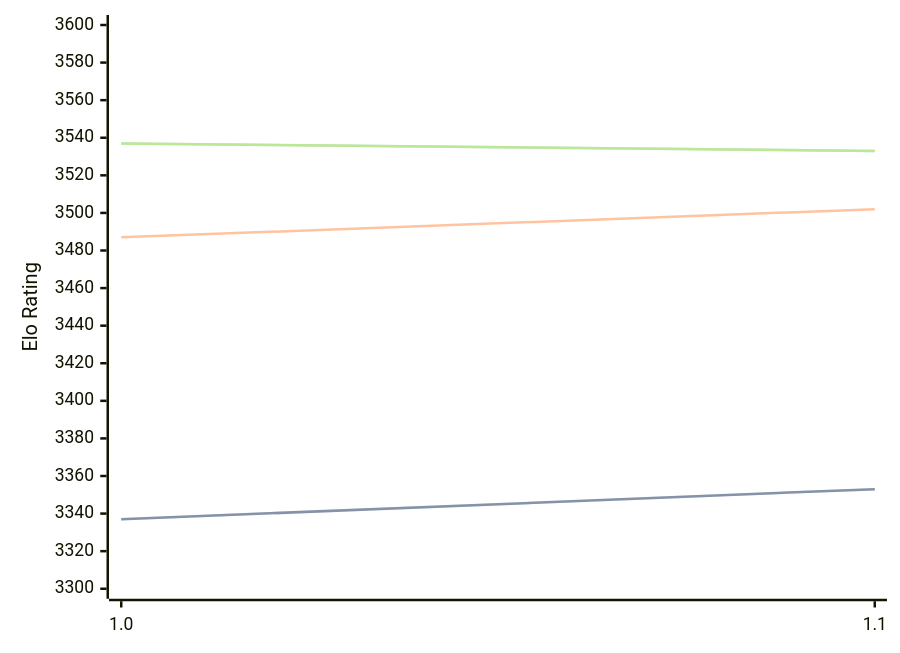
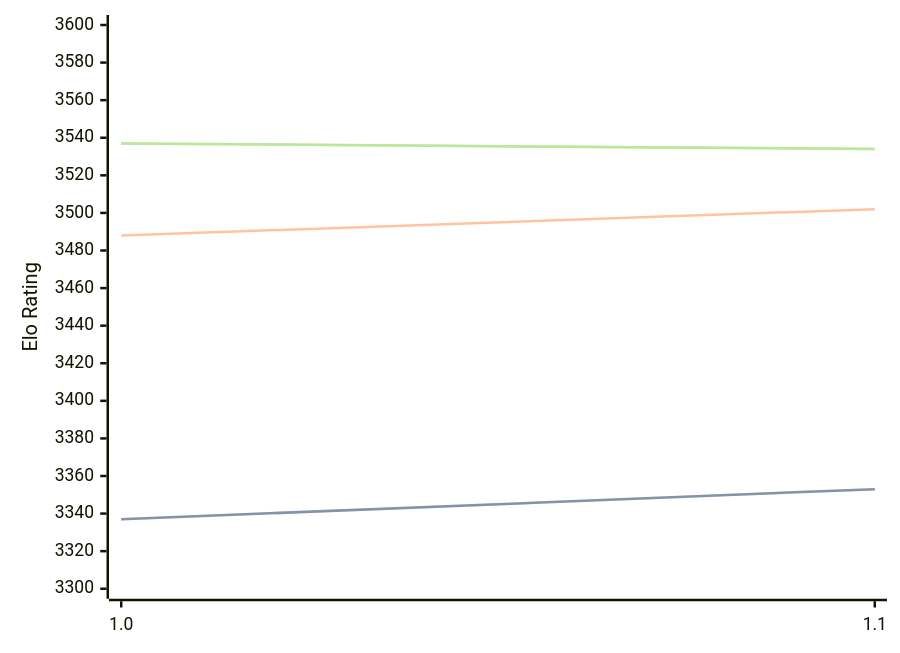
The diagram in engines/Horsie.md (computer-chess-index/cci), drawn with Mermaid before and after one commit. The commit also changed other lines of this file, not shown here.

Commit message:
Update CCI Ratings (ELO VLTC) - 2026-09-02

````diff
--- a/engines/Horsie.md
+++ b/engines/Horsie.md
@@ -32,11 +32,11 @@
 ```mermaid
 %%{init: {"theme":"base","themeVariables":{"seriesColors:['#a3a3a3','#222221','#faa371']}}}%%
 xychart-beta
   x-axis ["1.0", "1.1"]
   y-axis "Elo Rating" 3300 --> 3600
   line "" [3337, 3353]
   line "STC (8.0+0.08s)" [3337, 3353]
-  line "LTC (60.0+0.60s)" [3487, 3502]
-  line "" [3537, 3533]
-  line "VLTC (2m24s+1.12s)" [3537, 3533]
+  line "LTC (60.0+0.60s)" [3488, 3502]
+  line "" [3537, 3534]
+  line "VLTC (2m24s+1.12s)" [3537, 3534]
 ```
````
